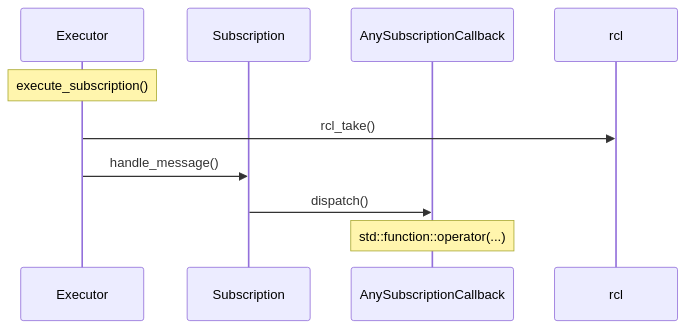
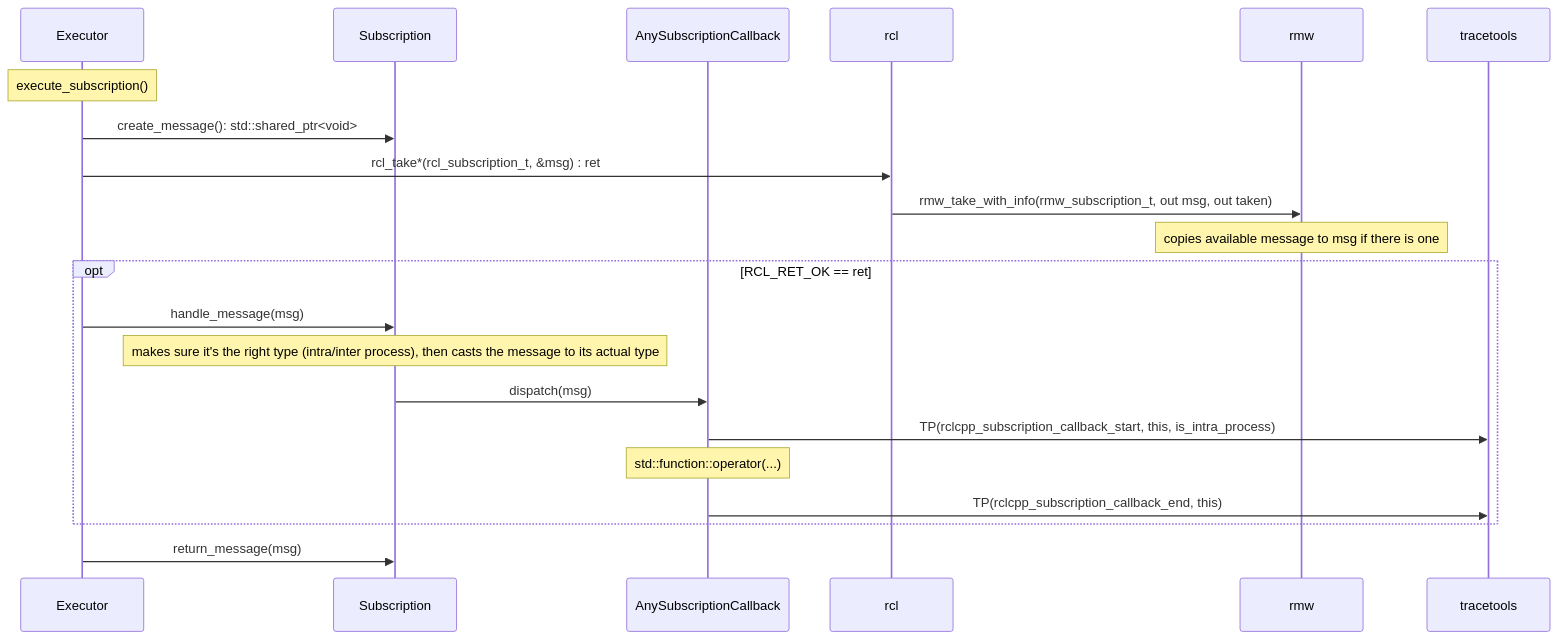
One commit to ros2/ros2_tracing changed the sixth of 6 diagrams in doc/ros_2.md. Above: the diagram before and after it, drawn with Mermaid. The commit also changed other lines of this file, not shown here.

Commit message:
Add param info for function calls and add instrumentation layer

````diff
--- a/doc/ros_2.md
+++ b/doc/ros_2.md
@@ -143,13 +166,24 @@
 ```mermaid
 sequenceDiagram
     participant Executor
     participant Subscription
     participant AnySubscriptionCallback
     participant rcl
+    participant rmw
+    participant tracetools
 
     Note over Executor: execute_subscription()
-    Executor->>rcl: rcl_take()
-    Executor->>Subscription: handle_message()
-    Subscription->>AnySubscriptionCallback: dispatch()
-    Note over AnySubscriptionCallback: std::function::operator(...)
+    Executor->>Subscription: create_message(): std::shared_ptr<void>
+    Executor->>rcl: rcl_take*(rcl_subscription_t, &msg) : ret
+    rcl->>rmw: rmw_take_with_info(rmw_subscription_t, out msg, out taken)
+    Note over rmw: copies available message to msg if there is one
+    opt RCL_RET_OK == ret
+        Executor->>Subscription: handle_message(msg)
+        Note over Subscription: makes sure it's the right type (intra/inter process), then casts the message to its actual type
+        Subscription->>AnySubscriptionCallback: dispatch(msg)
+        AnySubscriptionCallback->>tracetools: TP(rclcpp_subscription_callback_start, this, is_intra_process)
+        Note over AnySubscriptionCallback: std::function::operator(...)
+        AnySubscriptionCallback->>tracetools: TP(rclcpp_subscription_callback_end, this)
+    end
+    Executor->>Subscription: return_message(msg)
 ```
````
